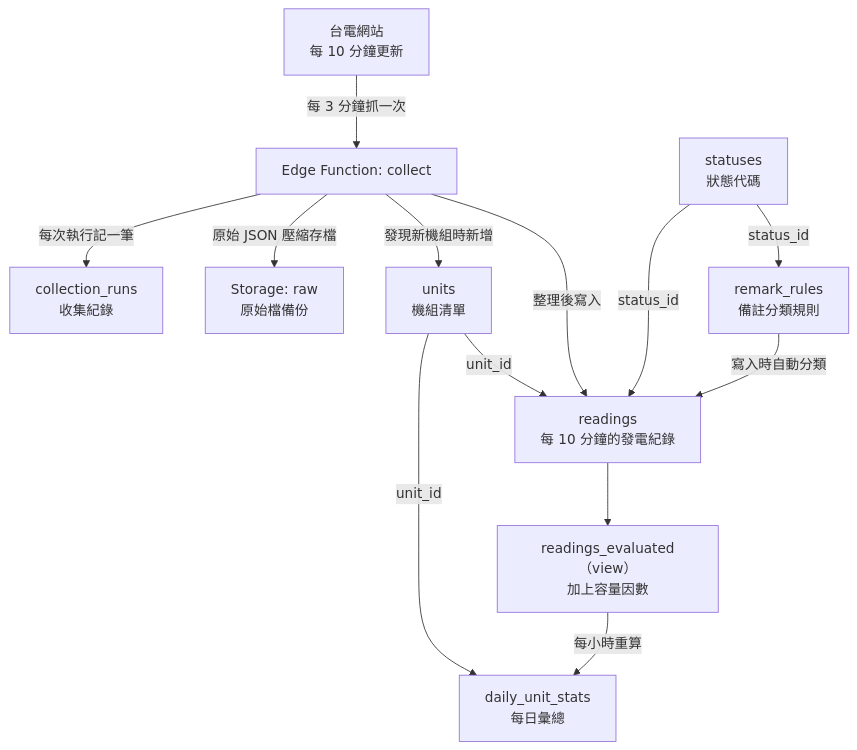
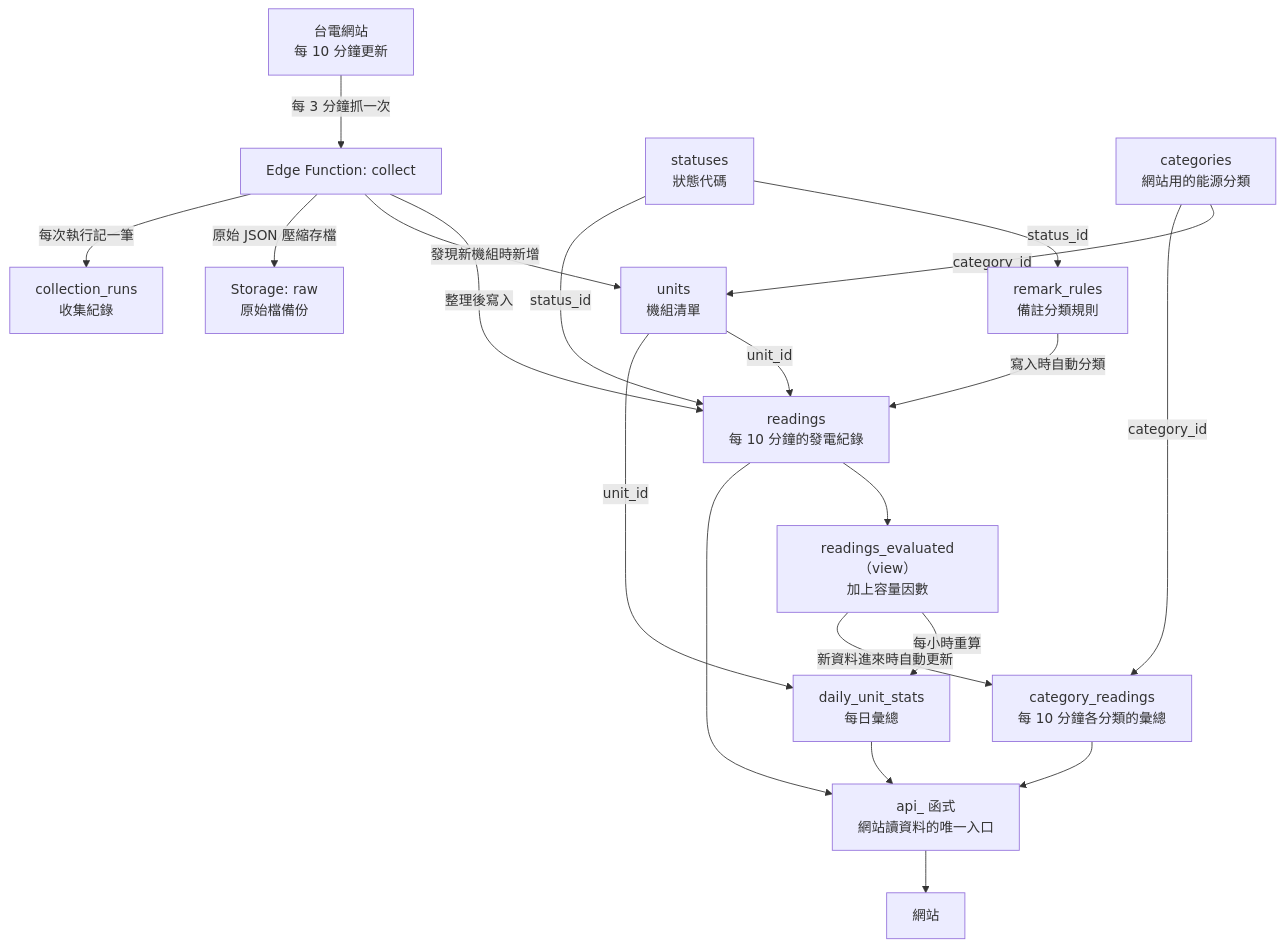
The diagram in docs/database.md (hsushengfan/taiwan-renewables), drawn with Mermaid before and after one commit. The commit also changed other lines of this file and 3 other files, not shown here.

First line of the commit message:
Add website backend: categories, English names, category rollup, read API

````diff
--- a/docs/database.md
+++ b/docs/database.md
@@ -38,18 +40,27 @@
 ```mermaid
 flowchart TD
     taipower["台電網站<br/>每 10 分鐘更新"] -->|每 3 分鐘抓一次| collect["Edge Function: collect"]
 
     collect -->|整理後寫入| readings["readings<br/>每 10 分鐘的發電紀錄"]
     collect -->|發現新機組時新增| units["units<br/>機組清單"]
     collect -->|原始 JSON 壓縮存檔| raw["Storage: raw<br/>原始檔備份"]
     collect -->|每次執行記一筆| runs["collection_runs<br/>收集紀錄"]
 
     units -->|unit_id| readings
     rules["remark_rules<br/>備註分類規則"] -->|寫入時自動分類| readings
     statuses["statuses<br/>狀態代碼"] -->|status_id| rules
     statuses -->|status_id| readings
 
+    categories["categories<br/>網站用的能源分類"] -->|category_id| units
+
     readings --> evaluated["readings_evaluated（view）<br/>加上容量因數"]
     evaluated -->|每小時重算| daily["daily_unit_stats<br/>每日彙總"]
+    evaluated -->|新資料進來時自動更新| catread["category_readings<br/>每 10 分鐘各分類的彙總"]
     units -->|unit_id| daily
+    categories -->|category_id| catread
+
+    daily --> api["api_ 函式<br/>網站讀資料的唯一入口"]
+    catread --> api
+    readings --> api
+    api --> web["網站"]
 ```
````
